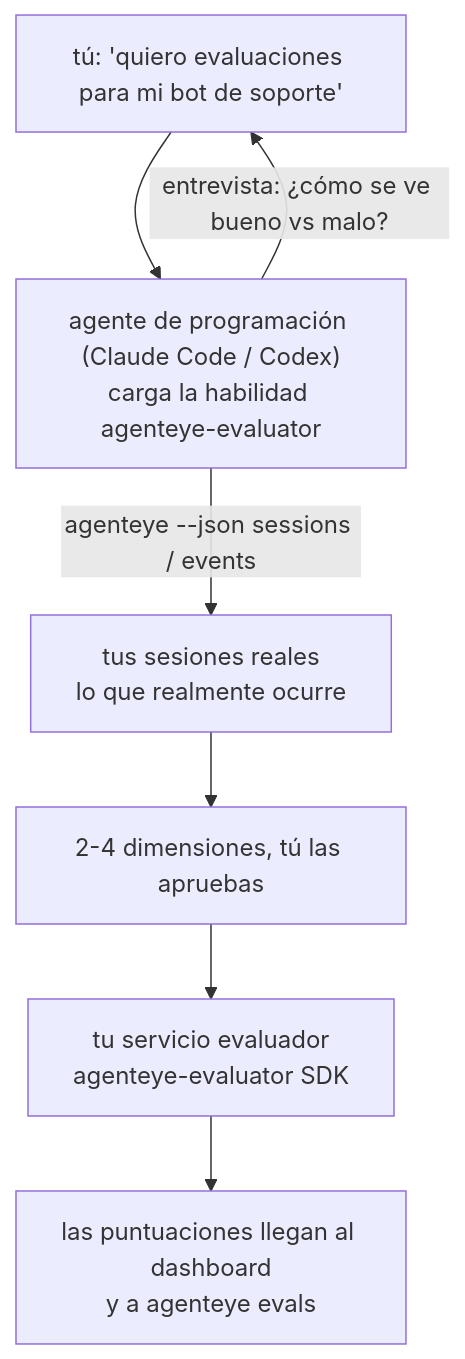
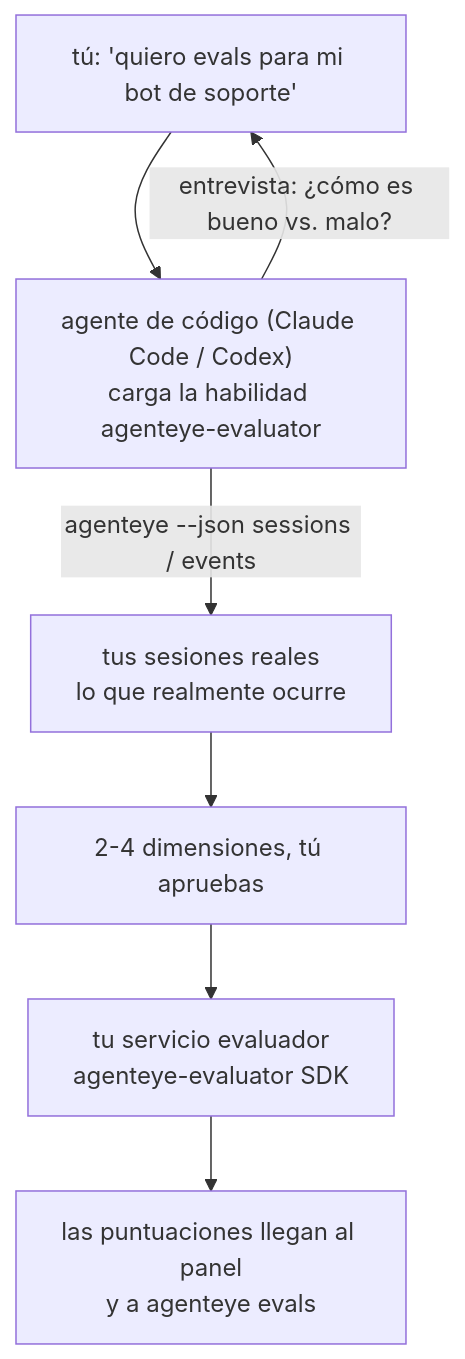
One commit to FailproofAI/failproofai changed the diagram in docs/es/agenteye/evaluator-skill.mdx. Above: the diagram before and after it, drawn with Mermaid. The commit also changed other lines of this file and 654 other files, not shown here.

````diff
--- a/docs/es/agenteye/evaluator-skill.mdx
+++ b/docs/es/agenteye/evaluator-skill.mdx
@@ -21,9 +21,9 @@
 ```mermaid
 flowchart TD
-    YOU["tú: 'quiero evaluaciones para mi bot de soporte'"] --> AGENT["agente de programación (Claude Code / Codex)<br/>carga la habilidad agenteye-evaluator"]
-    AGENT -->|"entrevista: ¿cómo se ve bueno vs malo?"| YOU
+    YOU["tú: 'quiero evals para mi bot de soporte'"] --> AGENT["agente de código (Claude Code / Codex)<br/>carga la habilidad agenteye-evaluator"]
+    AGENT -->|"entrevista: ¿cómo es bueno vs. malo?"| YOU
     AGENT -->|"agenteye --json sessions / events"| DATA["tus sesiones reales<br/>lo que realmente ocurre"]
-    DATA --> DIMS["2-4 dimensiones, tú las apruebas"]
+    DATA --> DIMS["2-4 dimensiones, tú apruebas"]
     DIMS --> SVC["tu servicio evaluador<br/>agenteye-evaluator SDK"]
-    SVC --> SCORES["las puntuaciones llegan al dashboard<br/>y a agenteye evals"]
+    SVC --> SCORES["las puntuaciones llegan al panel<br/>y a agenteye evals"]
 ```
````
